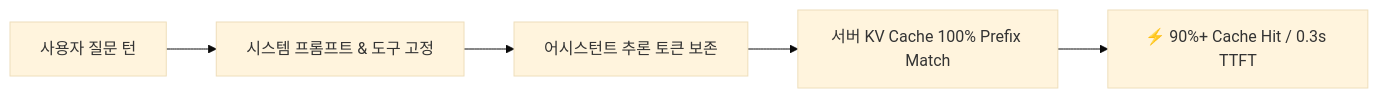
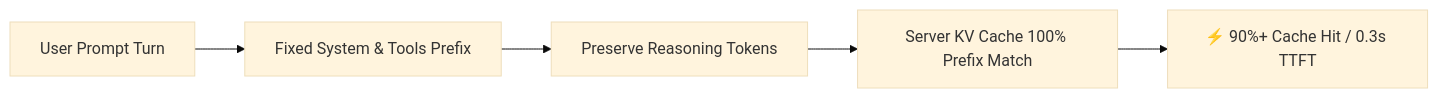
One commit to himomohi/deepseek-harness changed the diagram in README.ko.md. Above: the diagram before and after it, drawn with Mermaid (base theme). The commit also changed other lines of this file and 15 other files, not shown here.

````diff
--- a/README.ko.md
+++ b/README.ko.md
@@ -53,7 +48,7 @@
 ```mermaid
 graph LR
-    A[사용자 질문 턴] --> B[시스템 프롬프트 & 도구 고정]
-    B --> C[어시스턴트 추론 토큰 보존]
-    C --> D[서버 KV Cache 100% Prefix Match]
+    A[User Prompt Turn] --> B[Fixed System & Tools Prefix]
+    B --> C[Preserve Reasoning Tokens]
+    C --> D[Server KV Cache 100% Prefix Match]
     D --> E[⚡ 90%+ Cache Hit / 0.3s TTFT]
 ```
````
